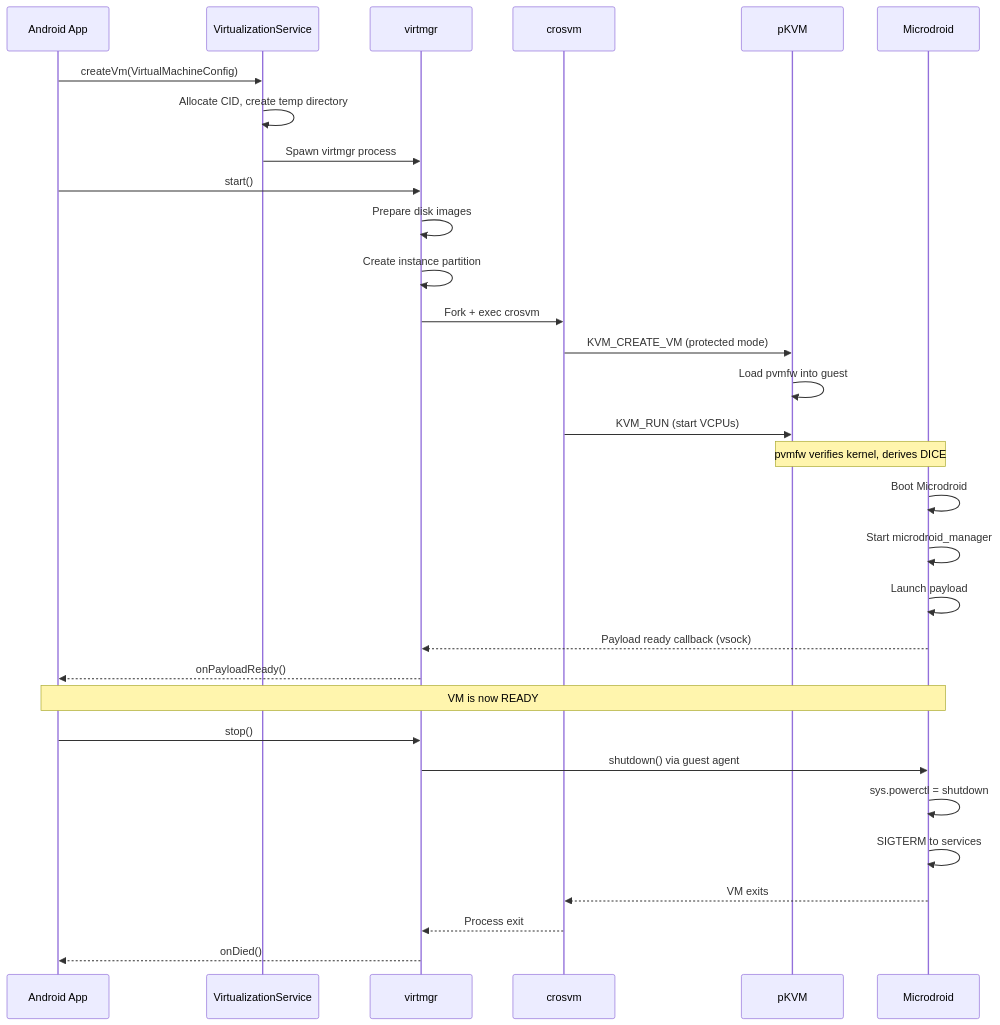
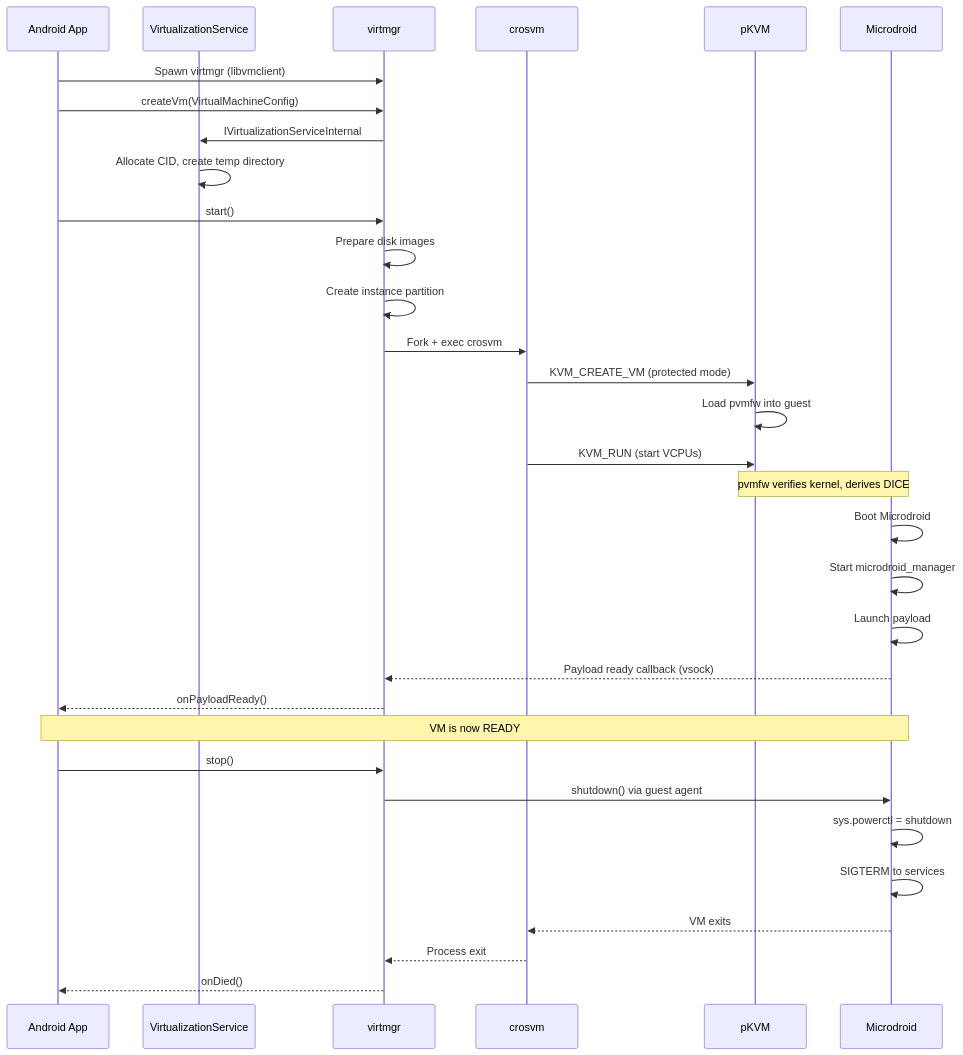
Before and after one commit to aospbooks/aosp-internal-book: diagram 14 of 38 in 56-virtualization.md, drawn with Mermaid. The commit also changed other lines of this file and 218 other files, not shown here.

````diff
--- a/56-virtualization.md
+++ b/56-virtualization.md
@@ -1679,40 +1689,41 @@
 ```mermaid
 sequenceDiagram
     participant App as Android App
     participant VS as VirtualizationService
     participant VM as virtmgr
     participant CV as crosvm
     participant pKVM as pKVM
     participant Guest as Microdroid
 
-    App->>VS: createVm(VirtualMachineConfig)
+    App->>VM: Spawn virtmgr (libvmclient)
+    App->>VM: createVm(VirtualMachineConfig)
+    VM->>VS: IVirtualizationServiceInternal
     VS->>VS: Allocate CID, create temp directory
-    VS->>VM: Spawn virtmgr process
 
     App->>VM: start()
     VM->>VM: Prepare disk images
     VM->>VM: Create instance partition
     VM->>CV: Fork + exec crosvm
     CV->>pKVM: KVM_CREATE_VM (protected mode)
     pKVM->>pKVM: Load pvmfw into guest
     CV->>pKVM: KVM_RUN (start VCPUs)
 
     Note over pKVM,Guest: pvmfw verifies kernel, derives DICE
 
     Guest->>Guest: Boot Microdroid
     Guest->>Guest: Start microdroid_manager
     Guest->>Guest: Launch payload
 
     Guest-->>VM: Payload ready callback (vsock)
     VM-->>App: onPayloadReady()
 
     Note over App,Guest: VM is now READY
 
     App->>VM: stop()
     VM->>Guest: shutdown() via guest agent
     Guest->>Guest: sys.powerctl = shutdown
     Guest->>Guest: SIGTERM to services
     Guest-->>CV: VM exits
     CV-->>VM: Process exit
     VM-->>App: onDied()
 ```
````
